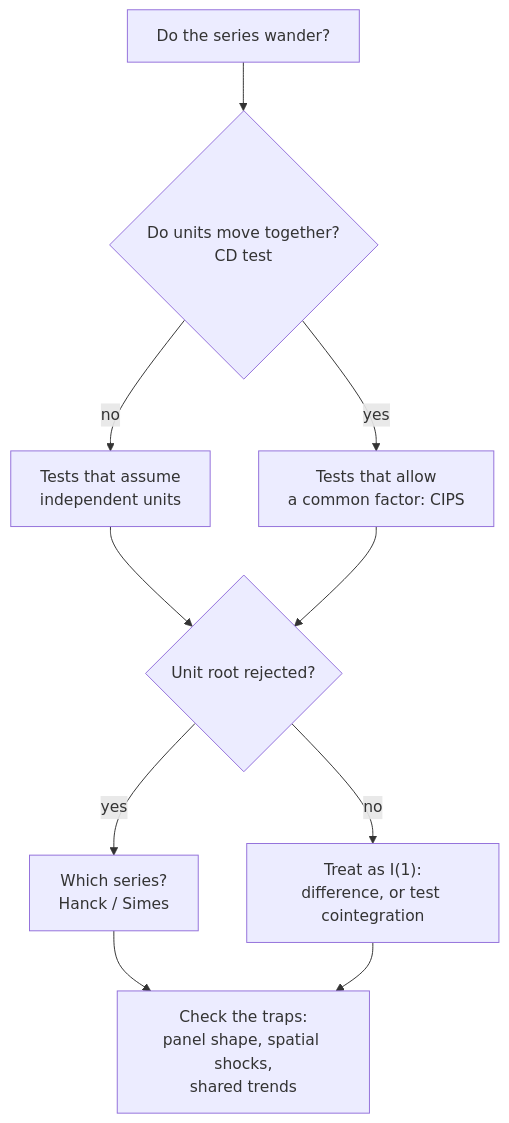
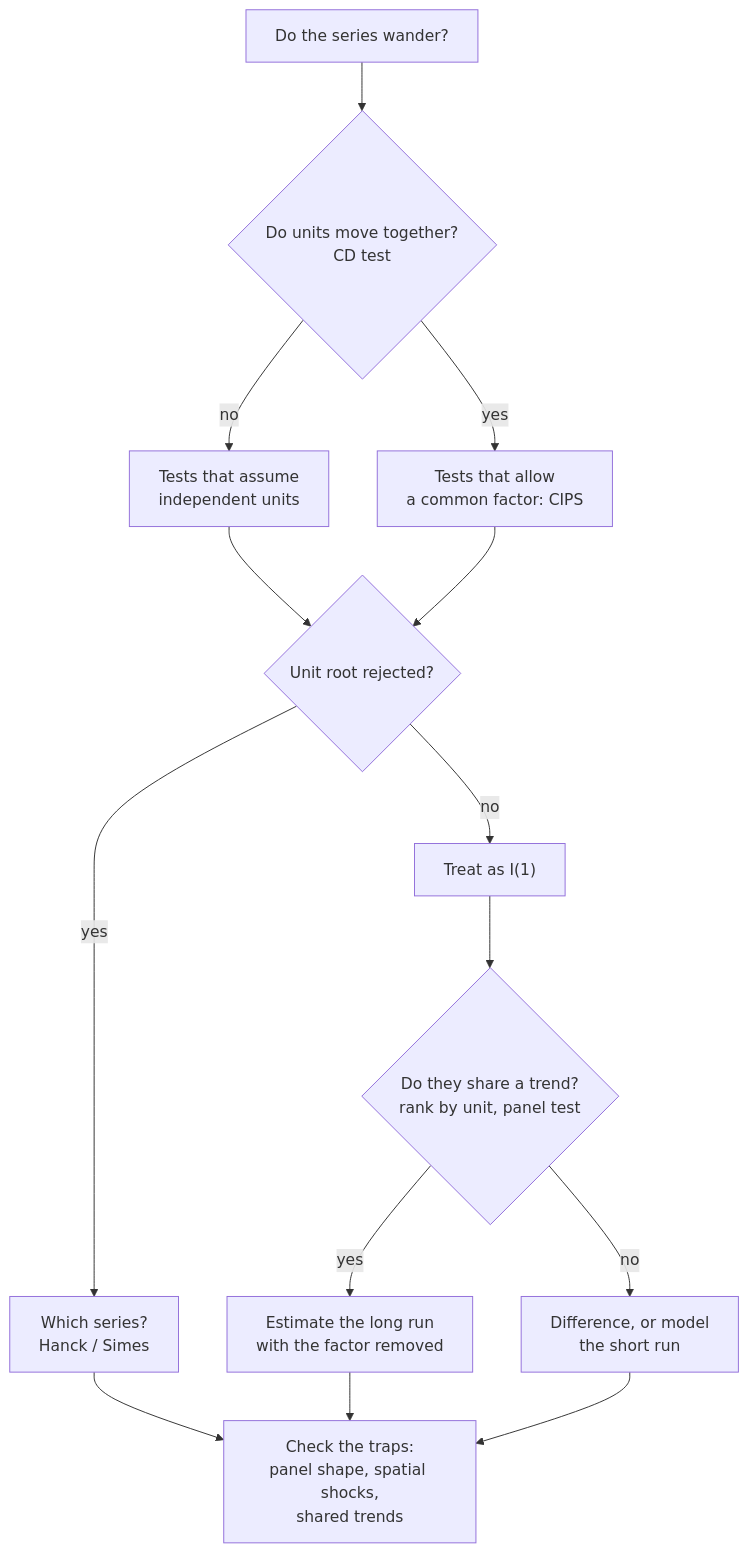
Before and after one commit to EBukin/metrics-masters: the diagram in chapters/04-time/index.qmd, drawn with Mermaid. The commit also changed other lines of this file and 3 other files, not shown here.

````diff
--- a/chapters/04-time/index.qmd
+++ b/chapters/04-time/index.qmd
@@ -24,12 +26,16 @@
 ```{mermaid}
 flowchart TD
   Q["Do the series wander?"] --> CD{"Do units move together?<br/>CD test"}
   CD -->|"no"| G1["Tests that assume<br/>independent units"]
   CD -->|"yes"| G2["Tests that allow<br/>a common factor: CIPS"]
   G1 --> R{"Unit root rejected?"}
   G2 --> R
   R -->|"yes"| W["Which series?<br/>Hanck / Simes"]
-  R -->|"no"| I1["Treat as I(1):<br/>difference, or test cointegration"]
+  R -->|"no"| I1["Treat as I(1)"]
+  I1 --> C{"Do they share a trend?<br/>rank by unit, panel test"}
+  C -->|"yes"| LR["Estimate the long run<br/>with the factor removed"]
+  C -->|"no"| D["Difference, or model<br/>the short run"]
   W --> L["Check the traps:<br/>panel shape, spatial shocks,<br/>shared trends"]
-  I1 --> L
+  LR --> L
+  D --> L
 ```
````
